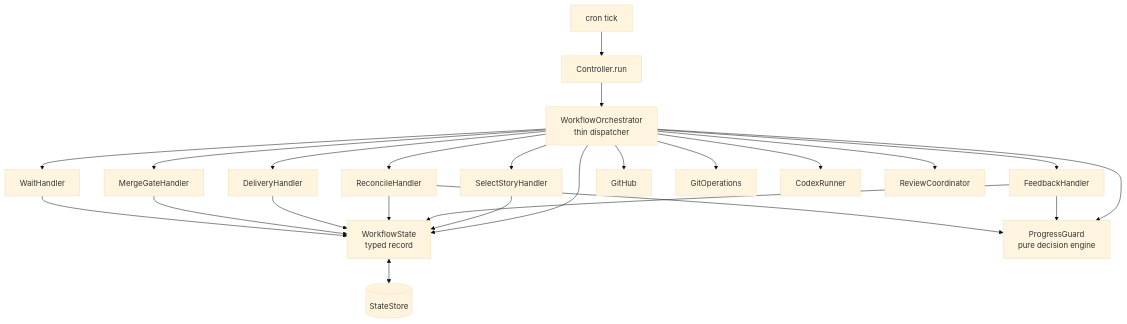
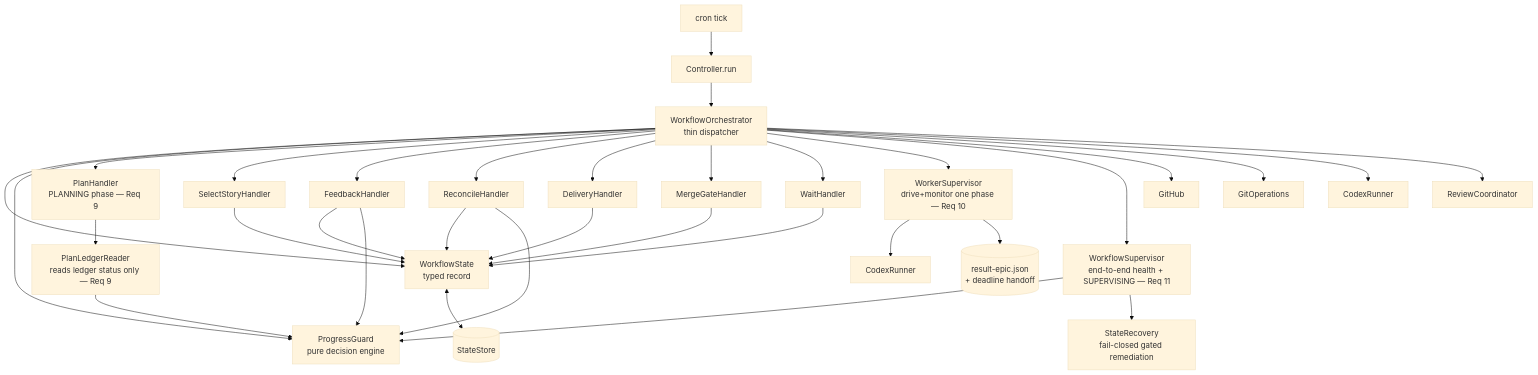
One commit to RahmatWahab/jcoding-automation changed the second of 3 diagrams in .kiro/specs/DRAFT - Architecture Fundamentals Hardening/design.md. Above: the diagram before and after it, drawn with Mermaid (base theme). The commit also changed other lines of this file and 4 other files, not shown here.

````diff
--- a/.kiro/specs/DRAFT - Architecture Fundamentals Hardening/design.md
+++ b/.kiro/specs/DRAFT - Architecture Fundamentals Hardening/design.md
@@ -41,17 +44,26 @@
 ```mermaid
 flowchart TD
   Cron[cron tick] --> Ctl[Controller.run]
   Ctl --> Disp[WorkflowOrchestrator<br/>thin dispatcher]
   Disp --> WS[WorkflowState<br/>typed record]
   Disp --> PG[ProgressGuard<br/>pure decision engine]
+  Disp --> H0[PlanHandler<br/>PLANNING phase — Req 9]
   Disp --> H1[SelectStoryHandler]
   Disp --> H2[FeedbackHandler]
   Disp --> H3[ReconcileHandler]
   Disp --> H4[DeliveryHandler]
   Disp --> H5[MergeGateHandler]
   Disp --> H6[WaitHandler]
+  H0 --> PL[PlanLedgerReader<br/>reads ledger status only — Req 9]
+  PL --> PG
   H1 & H2 & H3 & H4 & H5 & H6 --> WS
   H2 & H3 --> PG
+  Disp --> WSup[WorkerSupervisor<br/>drive+monitor one phase — Req 10]
+  WSup --> Cx0[CodexRunner]
+  WSup --> WR[(result-epic.json<br/>+ deadline handoff)]
+  Disp --> WFSup[WorkflowSupervisor<br/>end-to-end health + SUPERVISING — Req 11]
+  WFSup --> PG
+  WFSup --> SR[StateRecovery<br/>fail-closed gated remediation]
   Disp --> GH[GitHub] & Git[GitOperations] & Cx[CodexRunner] & Rv[ReviewCoordinator]
   WS <--> St[(StateStore)]
 ```
````
